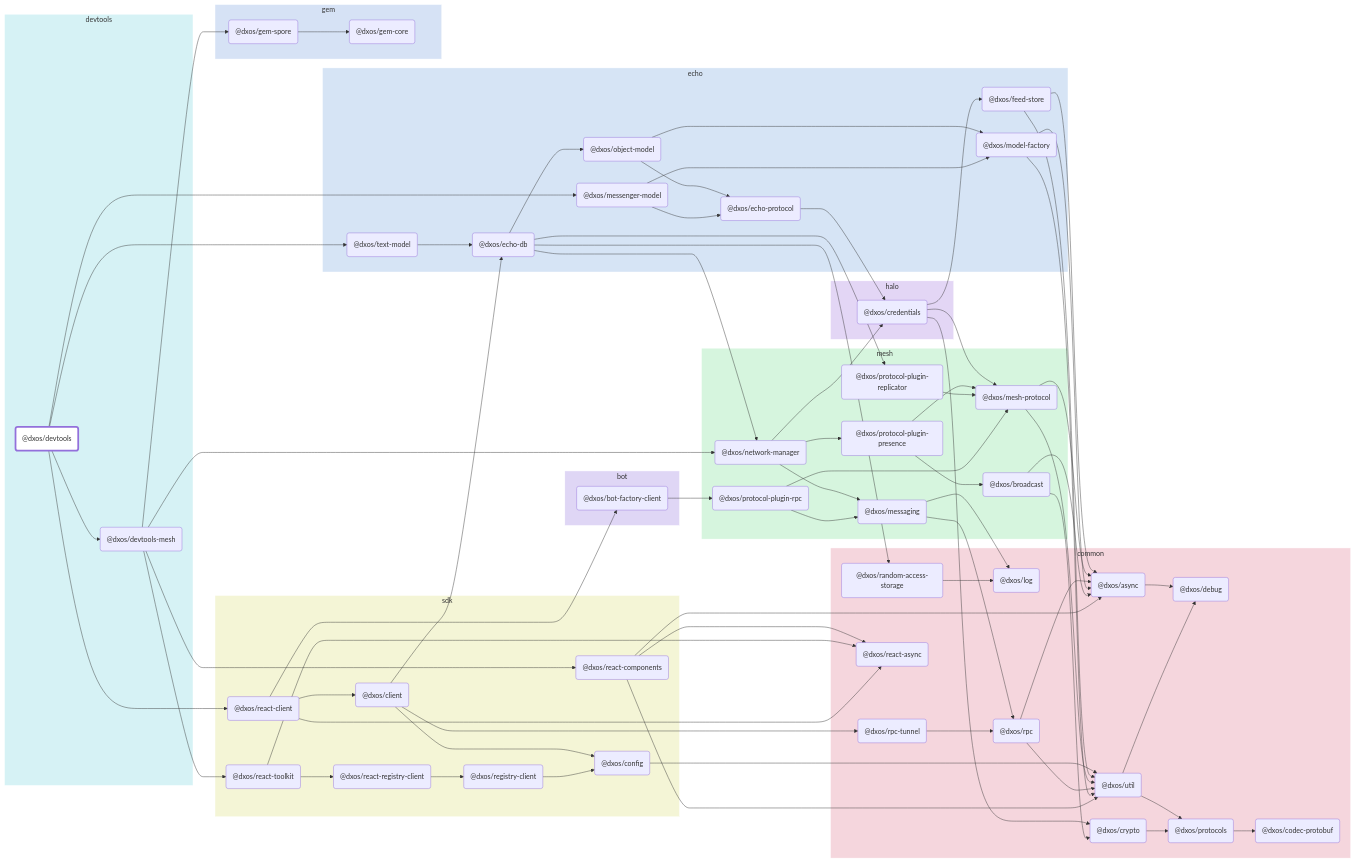
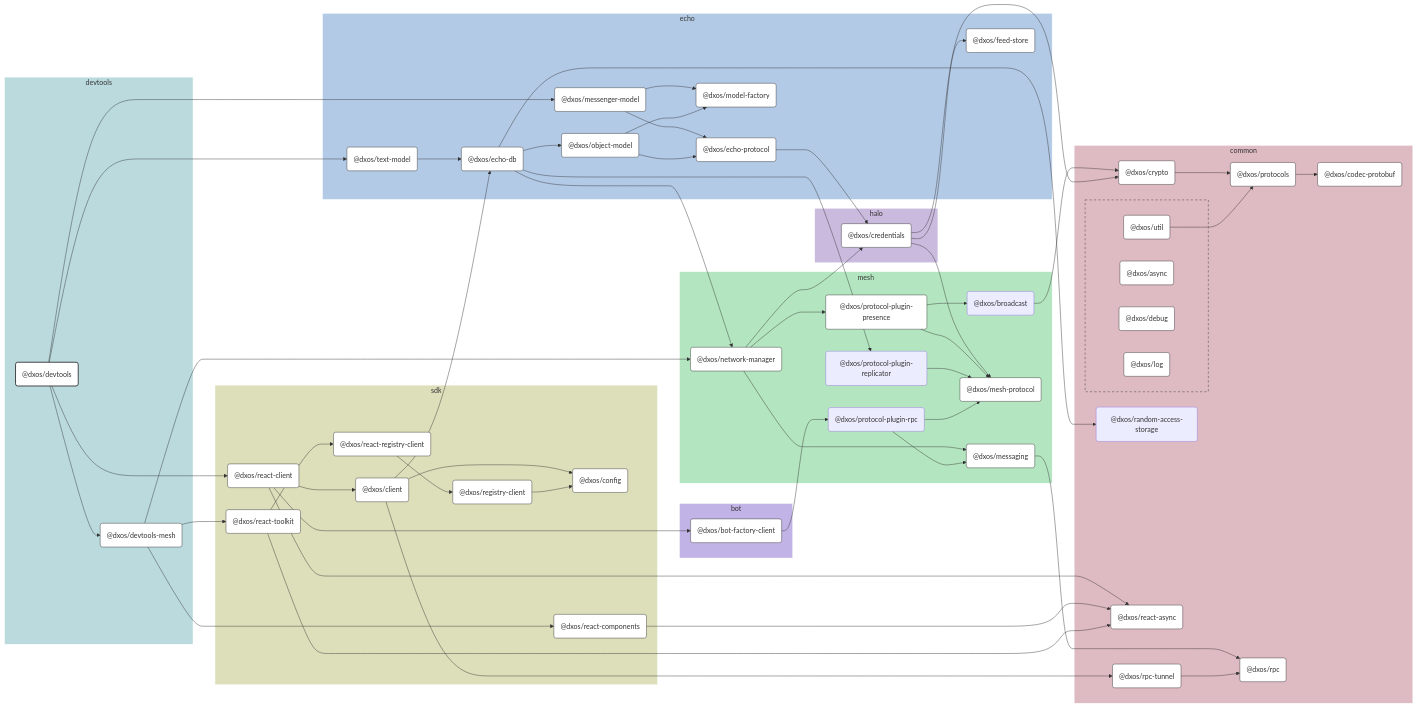
One commit to dxos/dxos changed the diagram in packages/devtools/devtools/docs/README.md. Above: the diagram before and after it, drawn with Mermaid. The commit also changed other lines of this file and 100 other files, not shown here.

````diff
--- a/packages/devtools/devtools/docs/README.md
+++ b/packages/devtools/devtools/docs/README.md
@@ -7,174 +7,203 @@
 ```mermaid
-flowchart LR;
+%%{ init: {'flowchart':{'curve':'basis'}} }%%
 
-style dxos/devtools fill:#fff,stroke-width:4px;
+flowchart LR
 
-click dxos/async "https:/github.com/dxos/dxos/tree/main/packages/common/async/docs";
-click dxos/debug "https:/github.com/dxos/dxos/tree/main/packages/common/debug/docs";
-click dxos/client "https:/github.com/dxos/dxos/tree/main/packages/sdk/client/docs";
-click dxos/codec-protobuf "https:/github.com/dxos/dxos/tree/main/packages/common/codec-protobuf/docs";
-click dxos/config "https:/github.com/dxos/dxos/tree/main/packages/sdk/config/docs";
-click dxos/echo-db "https:/github.com/dxos/dxos/tree/main/packages/echo/echo-db/docs";
-click dxos/model-factory "https:/github.com/dxos/dxos/tree/main/packages/echo/model-factory/docs";
-click dxos/protocols "https:/github.com/dxos/dxos/tree/main/packages/common/protocols/docs";
-click dxos/rpc "https:/github.com/dxos/dxos/tree/main/packages/common/rpc/docs";
-click dxos/rpc-tunnel "https:/github.com/dxos/dxos/tree/main/packages/common/rpc-tunnel/docs";
-click dxos/messaging "https:/github.com/dxos/dxos/tree/main/packages/mesh/messaging/docs";
-click dxos/util "https:/github.com/dxos/dxos/tree/main/packages/common/util/docs";
-click dxos/credentials "https:/github.com/dxos/dxos/tree/main/packages/halo/credentials/docs";
-click dxos/crypto "https:/github.com/dxos/dxos/tree/main/packages/common/crypto/docs";
-click dxos/feed-store "https:/github.com/dxos/dxos/tree/main/packages/echo/feed-store/docs";
-click dxos/mesh-protocol "https:/github.com/dxos/dxos/tree/main/packages/mesh/mesh-protocol/docs";
-click dxos/devtools-mesh "https:/github.com/dxos/dxos/tree/main/packages/devtools/devtools-mesh/docs";
-click dxos/gem-core "https:/github.com/dxos/dxos/tree/main/packages/gem/gem-core/docs";
-click dxos/gem-spore "https:/github.com/dxos/dxos/tree/main/packages/gem/gem-spore/docs";
-click dxos/network-manager "https:/github.com/dxos/dxos/tree/main/packages/mesh/network-manager/docs";
-click dxos/protocol-plugin-presence "https:/github.com/dxos/dxos/tree/main/packages/mesh/protocol-plugin-presence/docs";
-click dxos/react-components "https:/github.com/dxos/dxos/tree/main/packages/sdk/react-components/docs";
-click dxos/react-toolkit "https:/github.com/dxos/dxos/tree/main/packages/sdk/react-toolkit/docs";
-click dxos/echo-protocol "https:/github.com/dxos/dxos/tree/main/packages/echo/echo-protocol/docs";
-click dxos/messenger-model "https:/github.com/dxos/dxos/tree/main/packages/echo/messenger-model/docs";
-click dxos/log "https:/github.com/dxos/dxos/tree/main/packages/common/log/docs";
-click dxos/object-model "https:/github.com/dxos/dxos/tree/main/packages/echo/object-model/docs";
-click dxos/react-async "https:/github.com/dxos/dxos/tree/main/packages/common/react-async/docs";
-click dxos/react-client "https:/github.com/dxos/dxos/tree/main/packages/sdk/react-client/docs";
-click dxos/bot-factory-client "https:/github.com/dxos/dxos/tree/main/packages/bot/bot-factory-client/docs";
-click dxos/react-registry-client "https:/github.com/dxos/dxos/tree/main/packages/sdk/react-registry-client/docs";
-click dxos/registry-client "https:/github.com/dxos/dxos/tree/main/packages/sdk/registry-client/docs";
-click dxos/text-model "https:/github.com/dxos/dxos/tree/main/packages/echo/text-model/docs";
+%% Links
+dxos/bot-factory-client --> dxos/protocol-plugin-rpc;
+dxos/broadcast --> dxos/crypto;
+dxos/client --> dxos/config;
+dxos/client --> dxos/echo-db;
+dxos/client --> dxos/rpc-tunnel;
+dxos/credentials --> dxos/crypto;
+dxos/credentials --> dxos/feed-store;
+dxos/credentials --> dxos/mesh-protocol;
+dxos/crypto --> dxos/protocols;
+dxos/devtools --> dxos/devtools-mesh;
+dxos/devtools --> dxos/messenger-model;
+dxos/devtools --> dxos/react-client;
+dxos/devtools --> dxos/text-model;
+dxos/devtools-mesh --> dxos/network-manager;
+dxos/devtools-mesh --> dxos/react-components;
+dxos/devtools-mesh --> dxos/react-toolkit;
+dxos/echo-db --> dxos/network-manager;
+dxos/echo-db --> dxos/object-model;
+dxos/echo-db --> dxos/protocol-plugin-replicator;
+dxos/echo-db --> dxos/random-access-storage;
+dxos/echo-protocol --> dxos/credentials;
+dxos/messaging --> dxos/rpc;
+dxos/messenger-model --> dxos/echo-protocol;
+dxos/messenger-model --> dxos/model-factory;
+dxos/network-manager --> dxos/credentials;
+dxos/network-manager --> dxos/messaging;
+dxos/network-manager --> dxos/protocol-plugin-presence;
+dxos/object-model --> dxos/echo-protocol;
+dxos/object-model --> dxos/model-factory;
+dxos/protocol-plugin-presence --> dxos/broadcast;
+dxos/protocol-plugin-presence --> dxos/mesh-protocol;
+dxos/protocol-plugin-replicator --> dxos/mesh-protocol;
+dxos/protocol-plugin-rpc --> dxos/mesh-protocol;
+dxos/protocol-plugin-rpc --> dxos/messaging;
+dxos/protocols --> dxos/codec-protobuf;
+dxos/react-client --> dxos/bot-factory-client;
+dxos/react-client --> dxos/client;
+dxos/react-client --> dxos/react-async;
+dxos/react-components --> dxos/react-async;
+dxos/react-registry-client --> dxos/registry-client;
+dxos/react-toolkit --> dxos/react-async;
+dxos/react-toolkit --> dxos/react-registry-client;
+dxos/registry-client --> dxos/config;
+dxos/rpc-tunnel --> dxos/rpc;
+dxos/text-model --> dxos/echo-db;
+dxos/util --> dxos/protocols;
 
+%% Sections
 subgraph devtools
-  style devtools fill:#d6f2f5,stroke:#fff;
-  dxos/devtools("@dxos/devtools");
-  dxos/devtools-mesh("@dxos/devtools-mesh");
+  style devtools fill:#badade,stroke:#fff;
+
+  dxos/devtools("@dxos/devtools")
+  dxos/devtools-mesh("@dxos/devtools-mesh")
 end
 
 subgraph common
-  style common fill:#f5d6dd,stroke:#fff;
-  dxos/async("@dxos/async");
-  dxos/debug("@dxos/debug");
-  dxos/codec-protobuf("@dxos/codec-protobuf");
-  dxos/protocols("@dxos/protocols");
-  dxos/util("@dxos/util");
-  dxos/log("@dxos/log");
-  dxos/crypto("@dxos/crypto");
-  dxos/rpc("@dxos/rpc");
-  dxos/random-access-storage("@dxos/random-access-storage");
-  dxos/rpc-tunnel("@dxos/rpc-tunnel");
-  dxos/react-async("@dxos/react-async");
+  style common fill:#debac2,stroke:#fff;
+
+  dxos/codec-protobuf("@dxos/codec-protobuf")
+  dxos/crypto("@dxos/crypto")
+  dxos/protocols("@dxos/protocols")
+  dxos/random-access-storage("@dxos/random-access-storage")
+  dxos/react-async("@dxos/react-async")
+  dxos/rpc("@dxos/rpc")
+  dxos/rpc-tunnel("@dxos/rpc-tunnel")
+
+  subgraph common-excluded [ ]
+    style common-excluded fill:#debac2,stroke:#333,stroke-dasharray:5 5;
+
+    dxos/async("@dxos/async")
+    dxos/debug("@dxos/debug")
+    dxos/log("@dxos/log")
+    dxos/util("@dxos/util")
+  end
 end
 
 subgraph sdk
-  style sdk fill:#f4f5d6,stroke:#fff;
-  dxos/client("@dxos/client");
-  dxos/config("@dxos/config");
-  dxos/react-components("@dxos/react-components");
-  dxos/react-toolkit("@dxos/react-toolkit");
-  dxos/react-registry-client("@dxos/react-registry-client");
-  dxos/registry-client("@dxos/registry-client");
-  dxos/react-client("@dxos/react-client");
+  style sdk fill:#dddeba,stroke:#fff;
+
+  dxos/client("@dxos/client")
+  dxos/config("@dxos/config")
+  dxos/react-client("@dxos/react-client")
+  dxos/react-components("@dxos/react-components")
+  dxos/react-registry-client("@dxos/react-registry-client")
+  dxos/react-toolkit("@dxos/react-toolkit")
+  dxos/registry-client("@dxos/registry-client")
 end
 
 subgraph echo
-  style echo fill:#d6e4f5,stroke:#fff;
-  dxos/echo-db("@dxos/echo-db");
-  dxos/feed-store("@dxos/feed-store");
-  dxos/echo-protocol("@dxos/echo-protocol");
-  dxos/model-factory("@dxos/model-factory");
-  dxos/object-model("@dxos/object-model");
-  dxos/messenger-model("@dxos/messenger-model");
-  dxos/text-model("@dxos/text-model");
+  style echo fill:#b3cae6,stroke:#fff;
+
+  dxos/echo-db("@dxos/echo-db")
+  dxos/echo-protocol("@dxos/echo-protocol")
+  dxos/feed-store("@dxos/feed-store")
+  dxos/messenger-model("@dxos/messenger-model")
+  dxos/model-factory("@dxos/model-factory")
+  dxos/object-model("@dxos/object-model")
+  dxos/text-model("@dxos/text-model")
 end
 
 subgraph halo
-  style halo fill:#e3d6f5,stroke:#fff;
-  dxos/credentials("@dxos/credentials");
+  style halo fill:#cabade,stroke:#fff;
+
+  dxos/credentials("@dxos/credentials")
 end
 
 subgraph mesh
-  style mesh fill:#d6f5de,stroke:#fff;
-  dxos/mesh-protocol("@dxos/mesh-protocol");
-  dxos/messaging("@dxos/messaging");
-  dxos/network-manager("@dxos/network-manager");
-  dxos/protocol-plugin-presence("@dxos/protocol-plugin-presence");
-  dxos/broadcast("@dxos/broadcast");
-  dxos/protocol-plugin-replicator("@dxos/protocol-plugin-replicator");
-  dxos/protocol-plugin-rpc("@dxos/protocol-plugin-rpc");
-end
+  style mesh fill:#b3e6c0,stroke:#fff;
 
-subgraph gem
-  style gem fill:#d6e2f5,stroke:#fff;
-  dxos/gem-core("@dxos/gem-core");
-  dxos/gem-spore("@dxos/gem-spore");
+  dxos/broadcast("@dxos/broadcast")
+  dxos/mesh-protocol("@dxos/mesh-protocol")
+  dxos/messaging("@dxos/messaging")
+  dxos/network-manager("@dxos/network-manager")
+  dxos/protocol-plugin-presence("@dxos/protocol-plugin-presence")
+  dxos/protocol-plugin-replicator("@dxos/protocol-plugin-replicator")
+  dxos/protocol-plugin-rpc("@dxos/protocol-plugin-rpc")
 end
 
 subgraph bot
-  style bot fill:#dfd6f5,stroke:#fff;
-  dxos/bot-factory-client("@dxos/bot-factory-client");
+  style bot fill:#c2b3e6,stroke:#fff;
+
+  dxos/bot-factory-client("@dxos/bot-factory-client")
 end
 
-dxos/async --> dxos/debug;
-dxos/client --> dxos/config;
-dxos/protocols --> dxos/codec-protobuf;
-dxos/config --> dxos/util;
-dxos/util --> dxos/debug;
-dxos/util --> dxos/protocols;
-dxos/client --> dxos/echo-db;
-dxos/credentials --> dxos/crypto;
-dxos/crypto --> dxos/protocols;
-dxos/credentials --> dxos/feed-store;
-dxos/feed-store --> dxos/async;
-dxos/feed-store --> dxos/util;
-dxos/credentials --> dxos/mesh-protocol;
-dxos/mesh-protocol --> dxos/async;
-dxos/mesh-protocol --> dxos/util;
-dxos/echo-protocol --> dxos/credentials;
-dxos/messaging --> dxos/log;
-dxos/messaging --> dxos/rpc;
-dxos/rpc --> dxos/async;
-dxos/rpc --> dxos/util;
-dxos/model-factory --> dxos/async;
-dxos/model-factory --> dxos/util;
-dxos/echo-db --> dxos/network-manager;
-dxos/network-manager --> dxos/credentials;
-dxos/network-manager --> dxos/messaging;
-dxos/network-manager --> dxos/protocol-plugin-presence;
-dxos/protocol-plugin-presence --> dxos/broadcast;
-dxos/broadcast --> dxos/async;
-dxos/broadcast --> dxos/crypto;
-dxos/protocol-plugin-presence --> dxos/mesh-protocol;
-dxos/echo-db --> dxos/object-model;
-dxos/object-model --> dxos/echo-protocol;
-dxos/object-model --> dxos/model-factory;
-dxos/echo-db --> dxos/protocol-plugin-replicator;
-dxos/protocol-plugin-replicator --> dxos/mesh-protocol;
-dxos/echo-db --> dxos/random-access-storage;
-dxos/random-access-storage --> dxos/log;
-dxos/client --> dxos/rpc-tunnel;
-dxos/rpc-tunnel --> dxos/rpc;
-dxos/devtools --> dxos/devtools-mesh;
-dxos/devtools-mesh --> dxos/gem-spore;
-dxos/gem-spore --> dxos/gem-core;
-dxos/devtools-mesh --> dxos/network-manager;
-dxos/devtools-mesh --> dxos/react-components;
-dxos/react-components --> dxos/async;
-dxos/react-components --> dxos/react-async;
-dxos/react-components --> dxos/util;
-dxos/devtools-mesh --> dxos/react-toolkit;
-dxos/react-toolkit --> dxos/react-async;
-dxos/react-toolkit --> dxos/react-registry-client;
-dxos/react-registry-client --> dxos/registry-client;
-dxos/registry-client --> dxos/config;
-dxos/devtools --> dxos/messenger-model;
-dxos/messenger-model --> dxos/echo-protocol;
-dxos/messenger-model --> dxos/model-factory;
-dxos/devtools --> dxos/react-client;
-dxos/react-client --> dxos/bot-factory-client;
-dxos/bot-factory-client --> dxos/protocol-plugin-rpc;
-dxos/protocol-plugin-rpc --> dxos/messaging;
-dxos/protocol-plugin-rpc --> dxos/mesh-protocol;
-dxos/react-client --> dxos/client;
-dxos/react-client --> dxos/react-async;
-dxos/devtools --> dxos/text-model;
-dxos/text-model --> dxos/echo-db;
+
+%% Hyperlinks
+click dxos/async href "https:/github.com/dxos/dxos/tree/main/packages/common/async/docs";
+click dxos/bot-factory-client href "https:/github.com/dxos/dxos/tree/main/packages/bot/bot-factory-client/docs";
+click dxos/client href "https:/github.com/dxos/dxos/tree/main/packages/sdk/client/docs";
+click dxos/codec-protobuf href "https:/github.com/dxos/dxos/tree/main/packages/common/codec-protobuf/docs";
+click dxos/config href "https:/github.com/dxos/dxos/tree/main/packages/sdk/config/docs";
+click dxos/credentials href "https:/github.com/dxos/dxos/tree/main/packages/halo/credentials/docs";
+click dxos/crypto href "https:/github.com/dxos/dxos/tree/main/packages/common/crypto/docs";
+click dxos/debug href "https:/github.com/dxos/dxos/tree/main/packages/common/debug/docs";
+click dxos/devtools-mesh href "https:/github.com/dxos/dxos/tree/main/packages/devtools/devtools-mesh/docs";
+click dxos/echo-db href "https:/github.com/dxos/dxos/tree/main/packages/echo/echo-db/docs";
+click dxos/echo-protocol href "https:/github.com/dxos/dxos/tree/main/packages/echo/echo-protocol/docs";
+click dxos/feed-store href "https:/github.com/dxos/dxos/tree/main/packages/echo/feed-store/docs";
+click dxos/log href "https:/github.com/dxos/dxos/tree/main/packages/common/log/docs";
+click dxos/mesh-protocol href "https:/github.com/dxos/dxos/tree/main/packages/mesh/mesh-protocol/docs";
+click dxos/messaging href "https:/github.com/dxos/dxos/tree/main/packages/mesh/messaging/docs";
+click dxos/messenger-model href "https:/github.com/dxos/dxos/tree/main/packages/echo/messenger-model/docs";
+click dxos/model-factory href "https:/github.com/dxos/dxos/tree/main/packages/echo/model-factory/docs";
+click dxos/network-manager href "https:/github.com/dxos/dxos/tree/main/packages/mesh/network-manager/docs";
+click dxos/object-model href "https:/github.com/dxos/dxos/tree/main/packages/echo/object-model/docs";
+click dxos/protocol-plugin-presence href "https:/github.com/dxos/dxos/tree/main/packages/mesh/protocol-plugin-presence/docs";
+click dxos/protocols href "https:/github.com/dxos/dxos/tree/main/packages/common/protocols/docs";
+click dxos/react-async href "https:/github.com/dxos/dxos/tree/main/packages/common/react-async/docs";
+click dxos/react-client href "https:/github.com/dxos/dxos/tree/main/packages/sdk/react-client/docs";
+click dxos/react-components href "https:/github.com/dxos/dxos/tree/main/packages/sdk/react-components/docs";
+click dxos/react-registry-client href "https:/github.com/dxos/dxos/tree/main/packages/sdk/react-registry-client/docs";
+click dxos/react-toolkit href "https:/github.com/dxos/dxos/tree/main/packages/sdk/react-toolkit/docs";
+click dxos/registry-client href "https:/github.com/dxos/dxos/tree/main/packages/sdk/registry-client/docs";
+click dxos/rpc href "https:/github.com/dxos/dxos/tree/main/packages/common/rpc/docs";
+click dxos/rpc-tunnel href "https:/github.com/dxos/dxos/tree/main/packages/common/rpc-tunnel/docs";
+click dxos/text-model href "https:/github.com/dxos/dxos/tree/main/packages/echo/text-model/docs";
+click dxos/util href "https:/github.com/dxos/dxos/tree/main/packages/common/util/docs";
+
+%% Styles
+classDef rootNode fill:#fff,stroke:#333,stroke-width:2px
+classDef defaultNode fill:#fff,stroke:#333,stroke-width:1px
+linkStyle default stroke:#333,stroke-width:1px
+
+dxos/devtools:::rootNode
+
+dxos/async:::defaultNode
+dxos/bot-factory-client:::defaultNode
+dxos/client:::defaultNode
+dxos/codec-protobuf:::defaultNode
+dxos/config:::defaultNode
+dxos/credentials:::defaultNode
+dxos/crypto:::defaultNode
+dxos/debug:::defaultNode
+dxos/devtools-mesh:::defaultNode
+dxos/echo-db:::defaultNode
+dxos/echo-protocol:::defaultNode
+dxos/feed-store:::defaultNode
+dxos/log:::defaultNode
+dxos/mesh-protocol:::defaultNode
+dxos/messaging:::defaultNode
+dxos/messenger-model:::defaultNode
+dxos/model-factory:::defaultNode
+dxos/network-manager:::defaultNode
+dxos/object-model:::defaultNode
+dxos/protocol-plugin-presence:::defaultNode
+dxos/protocols:::defaultNode
+dxos/react-async:::defaultNode
+dxos/react-client:::defaultNode
+dxos/react-components:::defaultNode
+dxos/react-registry-client:::defaultNode
+dxos/react-toolkit:::defaultNode
+dxos/registry-client:::defaultNode
+dxos/rpc:::defaultNode
+dxos/rpc-tunnel:::defaultNode
+dxos/text-model:::defaultNode
+dxos/util:::defaultNode
 ```
````
